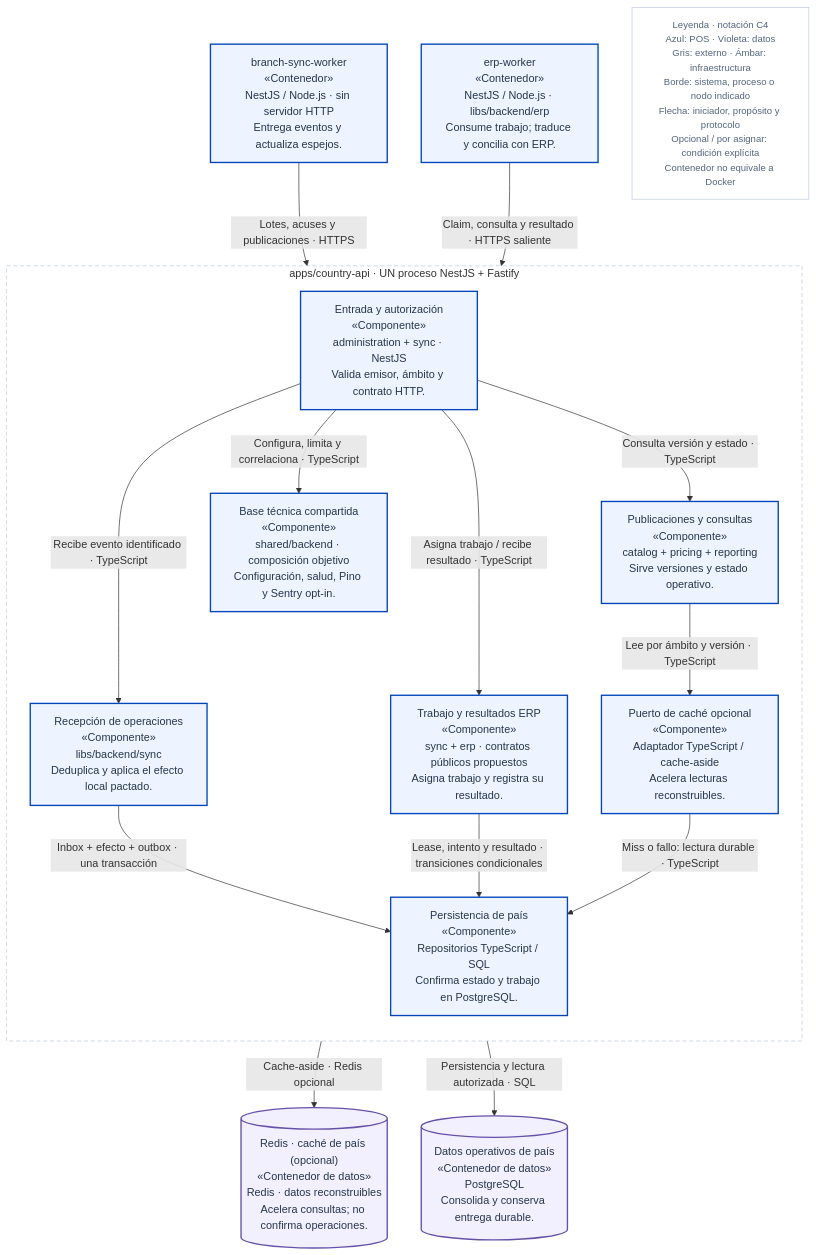
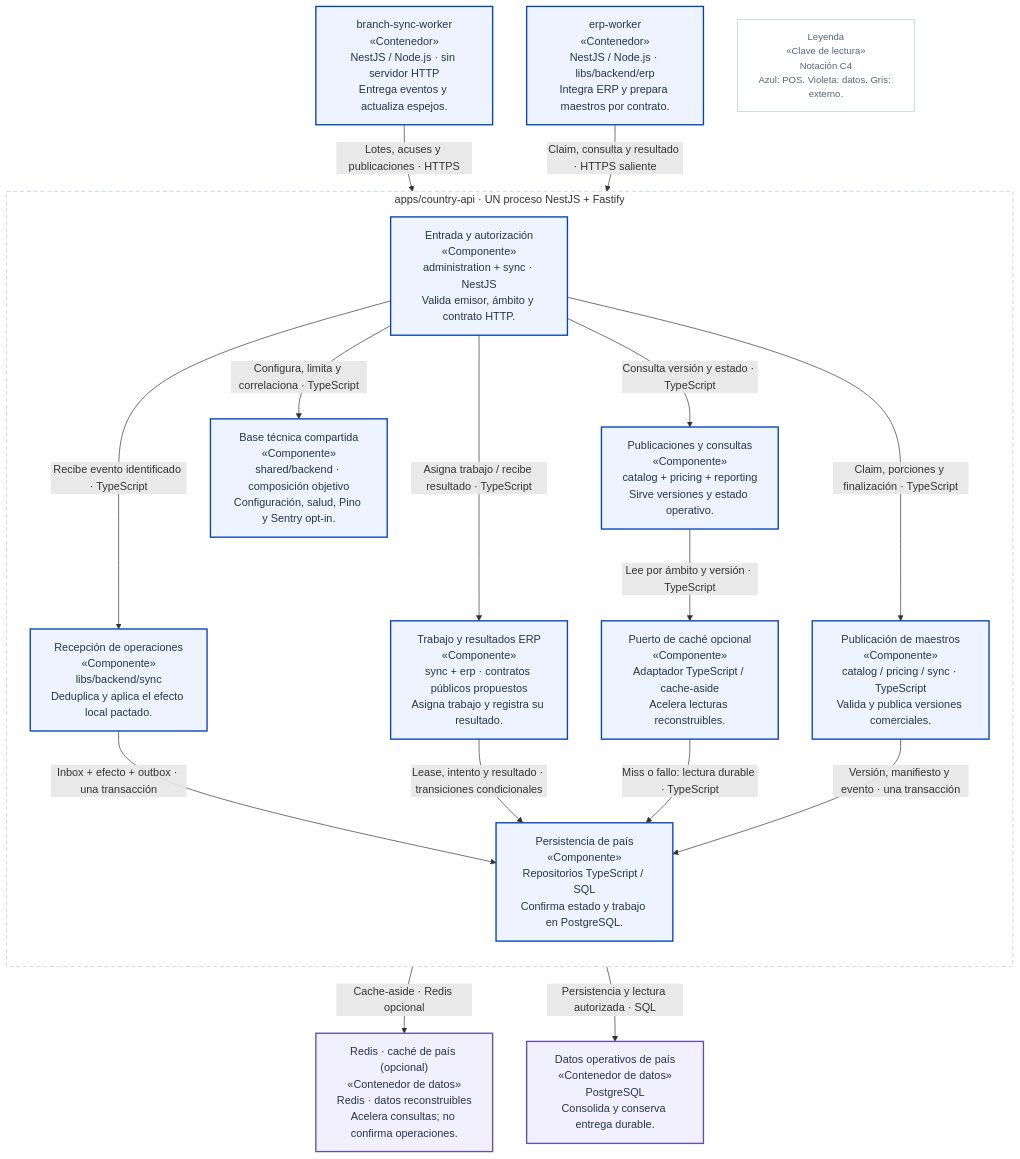
One commit to developer-implementos/pos-docs changed the diagram in docs/diagramas-excalidraw/mermaid/c4-country.mmd. Above: the diagram before and after it, drawn with Mermaid. The commit also changed 115 other files, not shown here.

Commit message:
Improve architecture documentation, exploration and traceable delivery plans

```diff
--- a/docs/diagramas-excalidraw/mermaid/c4-country.mmd
+++ b/docs/diagramas-excalidraw/mermaid/c4-country.mmd
@@ -1,37 +1,39 @@
 flowchart TB
     accTitle: C3 · country-api — Recepción, trabajo y consultas de país
     accDescr: Un proceso HTTP apps/country-api. Recibe operaciones, ofrece trabajo al ERP y sirve publicaciones; no ejecuta la ACL ni construye cargas masivas dentro de una petición. ACK sólo después del commit de inbox + efecto + outbox. Redis acelera lecturas opcionales con fallback SQL; no contiene el único estado de recepción, trabajo o resultados.
     subgraph countryScope["apps/country-api · UN proceso NestJS + Fastify"]
         direction TB
         countryEntry["Entrada y autorización<br/>«Componente»<br/>administration + sync · NestJS<br/>Valida emisor, ámbito y contrato HTTP."]:::pos
         countryInbox["Recepción de operaciones<br/>«Componente»<br/>libs/backend/sync<br/>Deduplica y aplica el efecto local pactado."]:::pos
         countryJobs["Trabajo y resultados ERP<br/>«Componente»<br/>sync + erp · contratos públicos propuestos<br/>Asigna trabajo y registra su resultado."]:::pos
         countryPublications["Publicaciones y consultas<br/>«Componente»<br/>catalog + pricing + reporting<br/>Sirve versiones y estado operativo."]:::pos
+        countryWorker["Publicación de maestros<br/>«Componente»<br/>catalog / pricing / sync · TypeScript<br/>Valida y publica versiones comerciales."]:::pos
         countryCachePort["Puerto de caché opcional<br/>«Componente»<br/>Adaptador TypeScript / cache-aside<br/>Acelera lecturas reconstruibles."]:::pos
         countryUow["Persistencia de país<br/>«Componente»<br/>Repositorios TypeScript / SQL<br/>Confirma estado y trabajo en PostgreSQL."]:::pos
         technicalBase["Base técnica compartida<br/>«Componente»<br/>shared/backend · composición objetivo<br/>Configuración, salud, Pino y Sentry opt-in."]:::pos
     end
-    syncWorker["branch-sync-worker<br/>«Contenedor»<br/>NestJS / Node.js · sin servidor HTTP<br/>Entrega eventos y actualiza espejos."]:::pos
-    erpAdapter["erp-worker<br/>«Contenedor»<br/>NestJS / Node.js · libs/backend/erp<br/>Consume trabajo; traduce y concilia con ERP."]:::pos
-    countryDb[("Datos operativos de país<br/>«Contenedor de datos»<br/>PostgreSQL<br/>Consolida y conserva entrega durable.")]:::store
-    countryCache[("Redis · caché de país (opcional)<br/>«Contenedor de datos»<br/>Redis · datos reconstruibles<br/>Acelera consultas; no confirma operaciones.")]:::store
-    legend["Leyenda · notación C4<br/>Azul: POS · Violeta: datos<br/>Gris: externo · Ámbar: infraestructura<br/>Borde: sistema, proceso o nodo indicado<br/>Flecha: iniciador, propósito y protocolo<br/>Opcional / por asignar: condición explícita<br/>Contenedor no equivale a Docker"]:::key
+        syncWorker["branch-sync-worker<br/>«Contenedor»<br/>NestJS / Node.js · sin servidor HTTP<br/>Entrega eventos y actualiza espejos."]:::pos
+        erpAdapter["erp-worker<br/>«Contenedor»<br/>NestJS / Node.js · libs/backend/erp<br/>Integra ERP y prepara maestros por contrato."]:::pos
+        countryDb["Datos operativos de país<br/>«Contenedor de datos»<br/>PostgreSQL<br/>Consolida y conserva entrega durable."]:::store
+        countryCache["Redis · caché de país (opcional)<br/>«Contenedor de datos»<br/>Redis · datos reconstruibles<br/>Acelera consultas; no confirma operaciones."]:::store
+        legend["Leyenda<br/>«Clave de lectura»<br/>Notación C4<br/>Azul: POS. Violeta: datos. Gris: externo."]:::key
     syncWorker -->|"Lotes, acuses y publicaciones · HTTPS"| countryEntry
     erpAdapter -->|"Claim, consulta y resultado · HTTPS saliente"| countryEntry
     countryEntry -->|"Recibe evento identificado · TypeScript"| countryInbox
     countryEntry -->|"Asigna trabajo / recibe resultado · TypeScript"| countryJobs
     countryEntry -->|"Consulta versión y estado · TypeScript"| countryPublications
     countryEntry -->|"Configura, limita y correlaciona · TypeScript"| technicalBase
     countryInbox -->|"Inbox + efecto + outbox · una transacción"| countryUow
     countryJobs -->|"Lease, intento y resultado · transiciones condicionales"| countryUow
     countryPublications -->|"Lee por ámbito y versión · TypeScript"| countryCachePort
     countryCachePort -->|"Cache-aside · Redis opcional"| countryCache
     countryCachePort -->|"Miss o fallo: lectura durable · TypeScript"| countryUow
     countryUow -->|"Persistencia y lectura autorizada · SQL"| countryDb
+    countryEntry -->|"Claim, porciones y finalización · TypeScript"| countryWorker
+    countryWorker -->|"Versión, manifiesto y evento · una transacción"| countryUow
     classDef pos fill:#EDF3FF,stroke:#0545BA,color:#25364D,stroke-width:2px
     classDef store fill:#F2EFFF,stroke:#6551A8,color:#25364D,stroke-width:2px
     classDef external fill:#F4F6F8,stroke:#6B788A,color:#25364D
     classDef person fill:#18336D,stroke:#18336D,color:#FFFFFF
-    classDef infra fill:#FFF3E0,stroke:#A86516,color:#25364D
     classDef key fill:#FFFFFF,stroke:#BCC9DB,color:#53657F,font-size:14px
     style countryScope fill:#FFFFFF,stroke:#BCC9DB,stroke-dasharray:6 4
```
